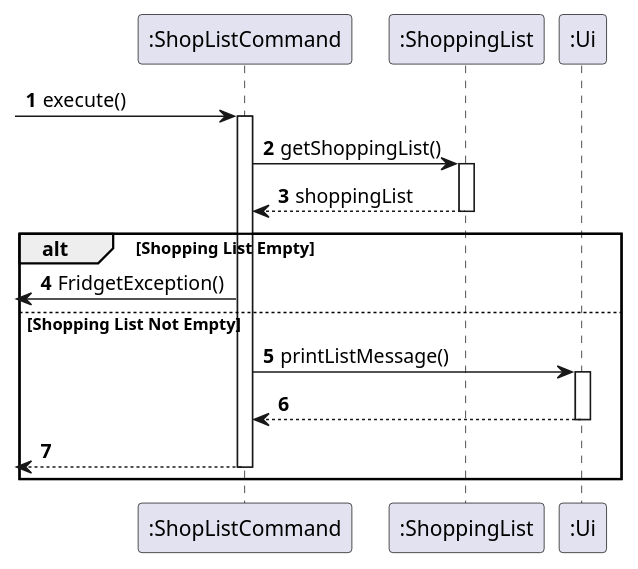
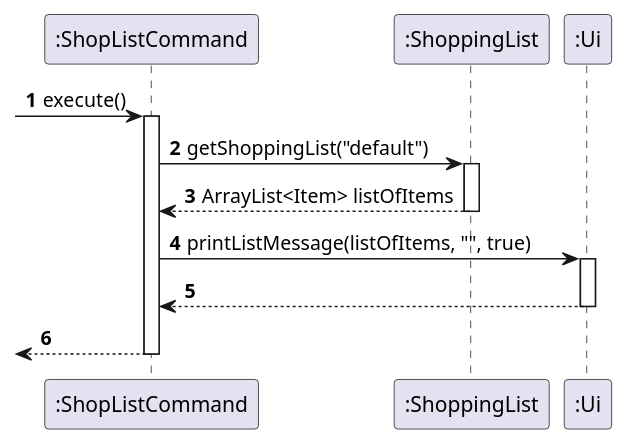
The diagram in docs/pumlFiles/ShopListSequence.puml (uosjapuelks/tp), drawn with PlantUML before and after one commit. The commit also changed 2 other files, not shown here.

Commit message:
Update ShopListSequence

```diff
--- a/docs/pumlFiles/ShopListSequence.puml
+++ b/docs/pumlFiles/ShopListSequence.puml
@@ -1,29 +1,22 @@
 @startuml
 'https://plantuml.com/sequence-diagram
 
 autonumber
 
 -> ":ShopListCommand": execute()
 activate ":ShopListCommand"
 
-":ShopListCommand" -> ":ShoppingList": getShoppingList()
+":ShopListCommand" -> ":ShoppingList": getShoppingList("default")
 activate ":ShoppingList"
-":ShopListCommand" <-- ":ShoppingList": shoppingList
+":ShopListCommand" <-- ":ShoppingList": ArrayList<Item> listOfItems
 deactivate ":ShoppingList"
 
-alt Shopping List Empty
+":ShopListCommand" -> ":Ui": printListMessage(listOfItems, "", true)
+activate ":Ui"
+":ShopListCommand" <-- ":Ui":
+deactivate ":Ui"
 
-    <- ":ShopListCommand": FridgetException()
-
-else Shopping List Not Empty
-
-    ":ShopListCommand" -> ":Ui": printListMessage()
-    activate ":Ui"
-    ":ShopListCommand" <-- ":Ui"
-    deactivate ":Ui"
-
-    <-- ":ShopListCommand"
-    deactivate ":ShopListCommand"
-end
+<-- ":ShopListCommand"
+deactivate ":ShopListCommand"
 
 @enduml
```
